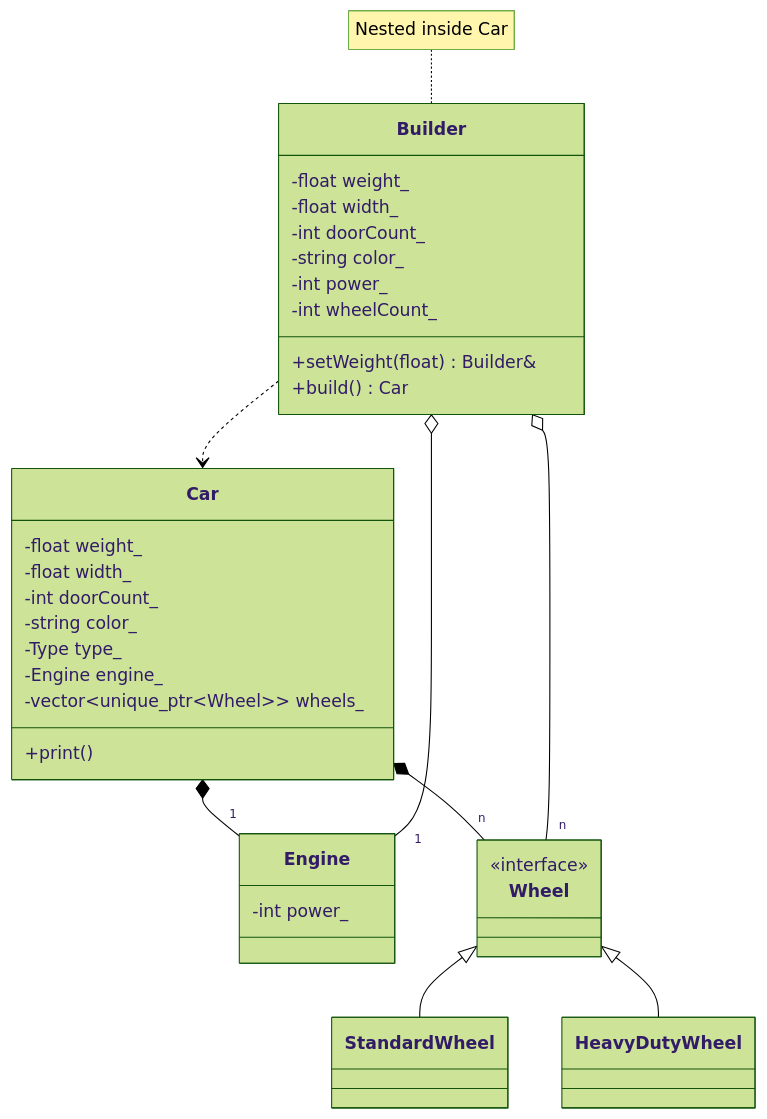
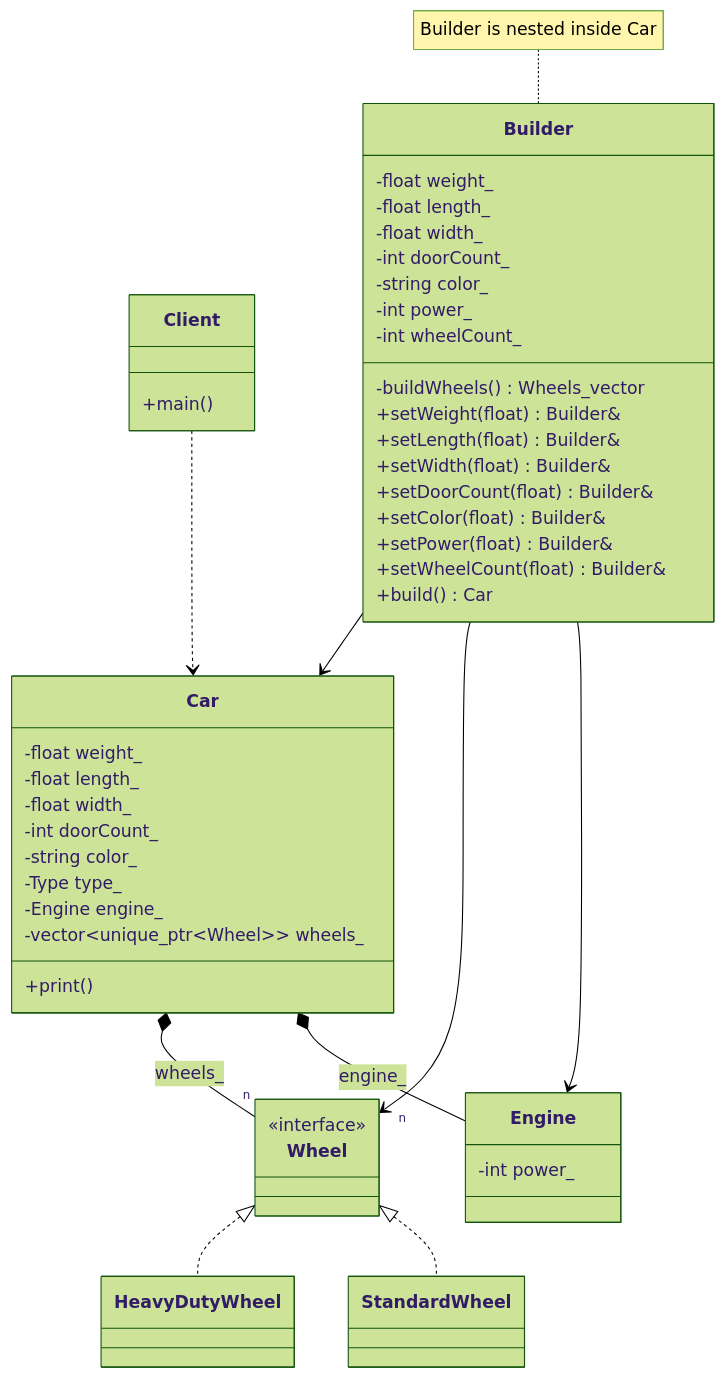
Before and after one commit to Cichlidfishexigency721/Modern-CPP-Design-Patterns: the diagram in 01_Builder/Static_example/diagram.md, drawn with Mermaid (forest theme). The commit also changed other lines of this file and 3 other files, not shown here.

Commit message:
UML improvement

````diff
--- a/01_Builder/Static_example/diagram.md
+++ b/01_Builder/Static_example/diagram.md
@@ -3,42 +3,57 @@
 ```mermaid
 classDiagram
-    class Engine { -int power_ }
-    class Wheel { <<interface>> }
-    class StandardWheel
-    class HeavyDutyWheel
-    
-    class Car {
-        -float weight_
-        -float width_
-        -int doorCount_
-        -string color_
-        -Type type_
-        -Engine engine_
-        -vector~unique_ptr~Wheel~~ wheels_
-        +print()
-    }
+   class Client { +main() }
 
-    class Builder {
-        -float weight_
-        -float width_
-        -int doorCount_
-        -string color_
-        -int power_
-        -int wheelCount_
-        +setWeight(float) Builder&
-        +build() Car
-    }
+   class Engine { -int power_ }
+   class Wheel { <<interface>> }
+   class StandardWheel
+   class HeavyDutyWheel
+   
+   class Car {
+      -float weight_
+      -float length_
+      -float width_
+      -int doorCount_
+      -string color_
+      -Type type_
+      -Engine engine_
+      -vector~unique_ptr~Wheel~~ wheels_
 
-    Wheel <|-- StandardWheel
-    Wheel <|-- HeavyDutyWheel
-    
-    %% Relations with multiplicity only at the end
-    Car *-- "1" Engine
-    Car *-- "n" Wheel
-    
-    Builder o-- "1" Engine
-    Builder o-- "n" Wheel
-    
-    Builder ..> Car
-    note for Builder "Nested inside Car"
+      +print()
+   }
+
+   class Builder {
+      -float weight_
+      -float length_
+      -float width_
+      -int doorCount_
+      -string color_
+      -int power_
+      -int wheelCount_
+
+      -buildWheels() Wheels_vector
+      +setWeight(float) Builder&
+      +setLength(float) Builder&
+      +setWidth(float) Builder&
+      +setDoorCount(float) Builder&
+      +setColor(float) Builder&
+      +setPower(float) Builder&
+      +setWheelCount(float) Builder&
+      +build() Car
+   }
+
+   Wheel <|.. StandardWheel
+   Wheel <|.. HeavyDutyWheel
+   
+   %% Relations
+   Car *-- Engine : engine_
+   Car *-- "n" Wheel : wheels_
+   
+   Builder --> Engine
+   Builder --> "n" Wheel
+   Builder --> Car
+
+   note for Builder "Builder is nested inside Car"
+
+   Client ..> Car
 ```
````
